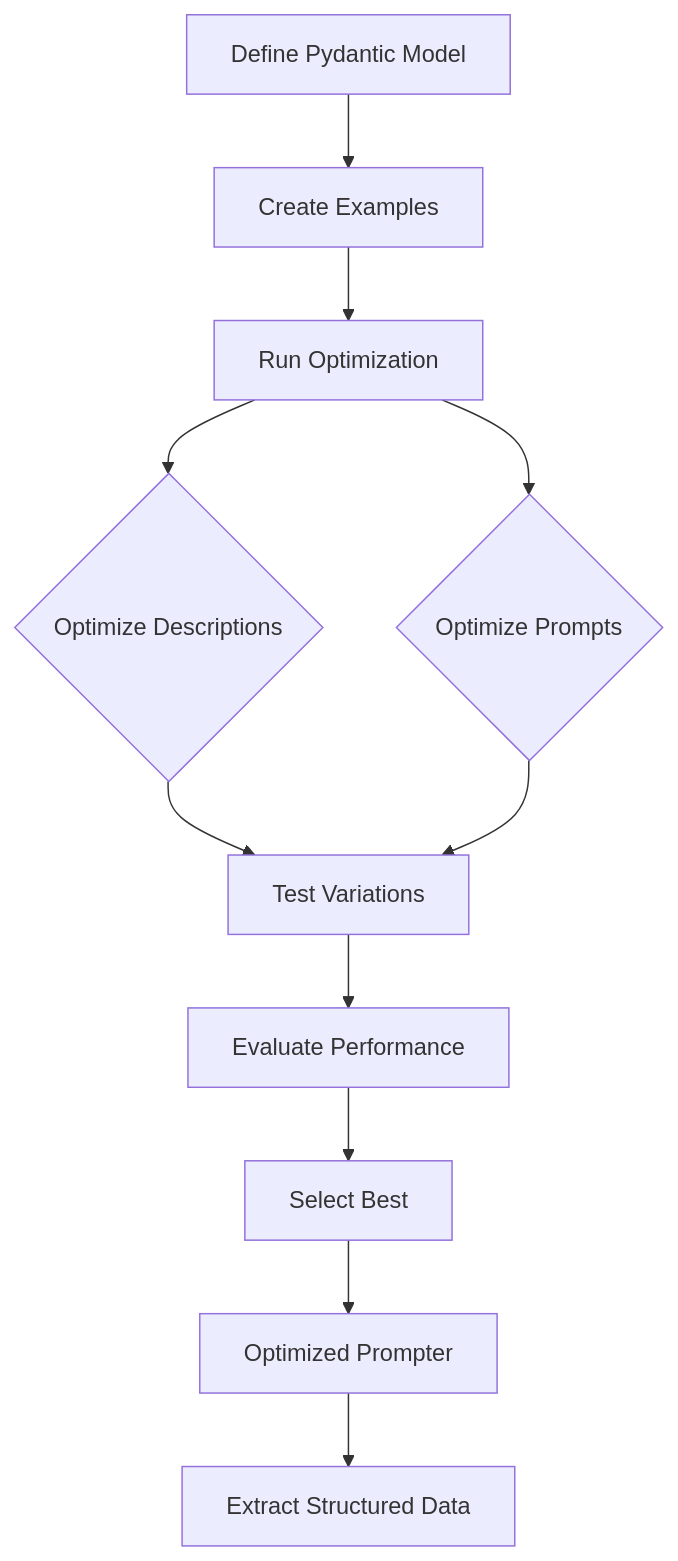
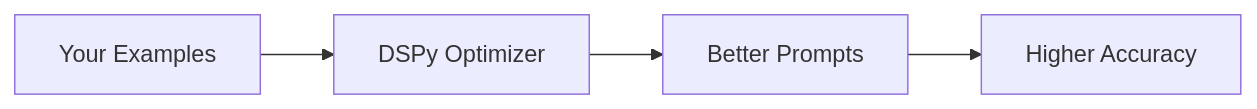
One commit to davidberenstein1957/dspydantic changed the diagram in docs/core-concepts.md. Above: the diagram before and after it, drawn with Mermaid. The commit also changed other lines of this file and 30 other files, not shown here.

````diff
--- a/docs/core-concepts.md
+++ b/docs/core-concepts.md
@@ -87,13 +11,6 @@
 ```mermaid
-flowchart TD
-    A[Define Pydantic Model] --> B[Create Examples]
-    B --> C[Run Optimization]
-    C --> D{Optimize Descriptions}
-    C --> E{Optimize Prompts}
-    D --> F[Test Variations]
-    E --> F
-    F --> G[Evaluate Performance]
-    G --> H[Select Best]
-    H --> I[Optimized Prompter]
-    I --> J[Extract Structured Data]
+flowchart LR
+    A[Your Examples] --> B[DSPy Optimizer]
+    B --> C[Better Prompts]
+    C --> D[Higher Accuracy]
 ```
````
